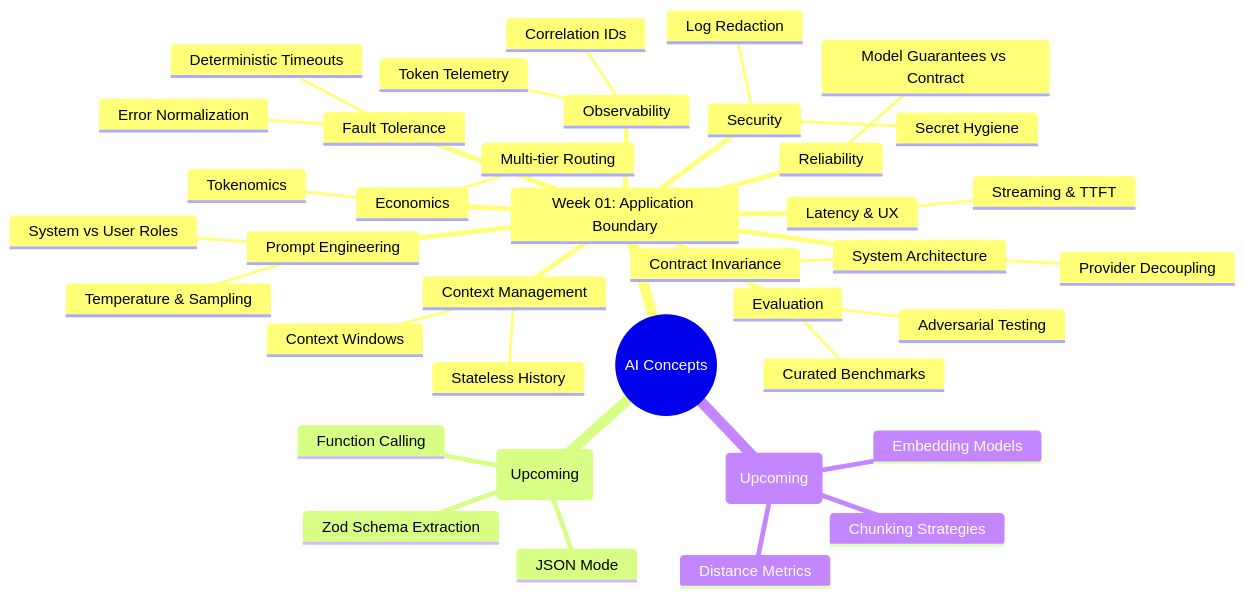
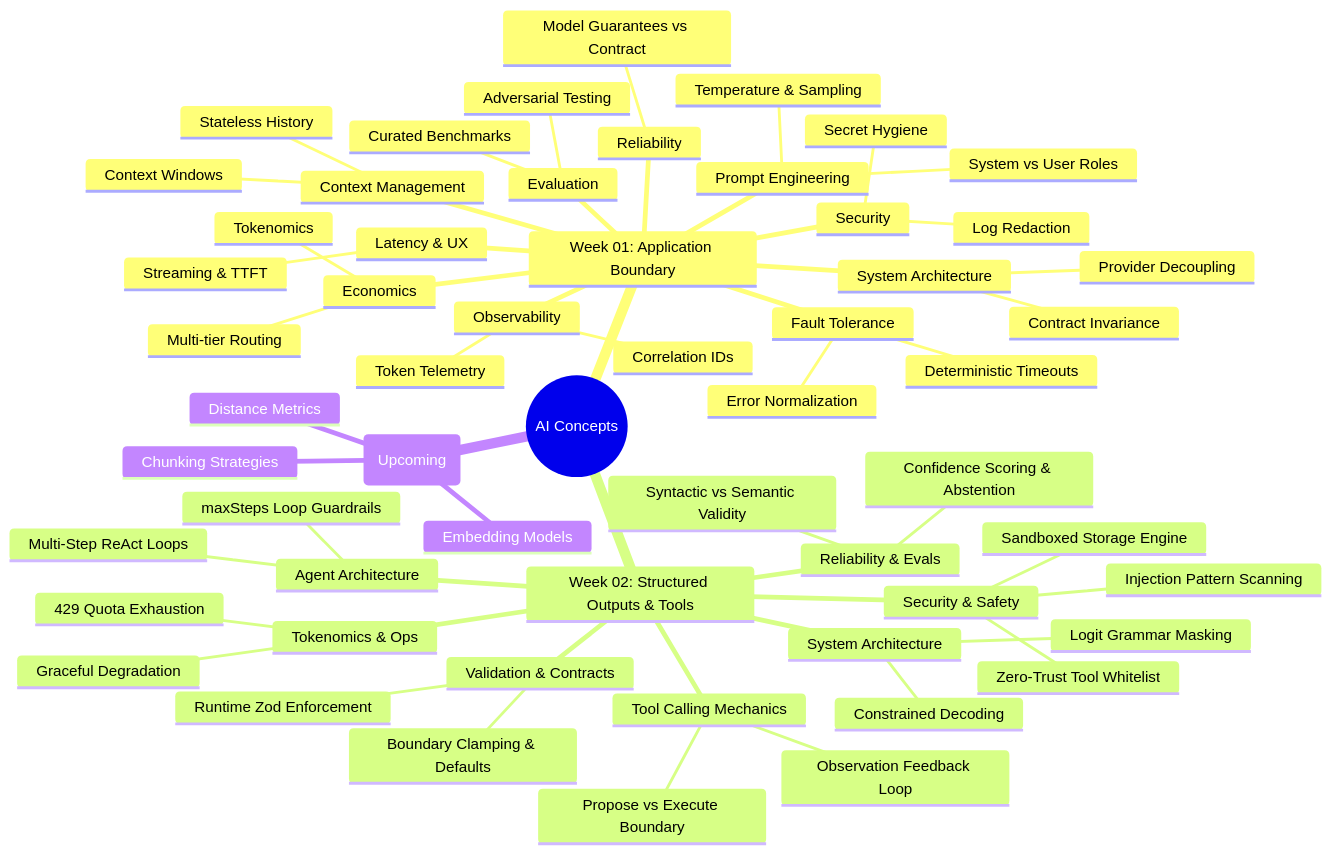
The third of 3 diagrams in docs/AI_CONCEPTS_KNOWLEDGE_BASE.md (trhv/ai-engineering-roadmap), drawn with Mermaid before and after one commit. The commit also changed other lines of this file and 27 other files, not shown here.

Commit message:
feat(week-02): implement structured outputs, validation, and tool calling

````diff
--- a/docs/AI_CONCEPTS_KNOWLEDGE_BASE.md
+++ b/docs/AI_CONCEPTS_KNOWLEDGE_BASE.md
@@ -568,41 +852,60 @@
 ```mermaid
 mindmap
   root((AI Concepts))
     Week 01: Application Boundary
       System Architecture
         Provider Decoupling
         Contract Invariance
       Fault Tolerance
         Deterministic Timeouts
         Error Normalization
       Security
         Secret Hygiene
         Log Redaction
       Economics
         Tokenomics
         Multi-tier Routing
       Observability
         Correlation IDs
         Token Telemetry
       Evaluation
         Curated Benchmarks
         Adversarial Testing
       Prompt Engineering
         Temperature & Sampling
         System vs User Roles
       Context Management
         Context Windows
         Stateless History
       Latency & UX
         Streaming & TTFT
       Reliability
         Model Guarantees vs Contract
-    Week 02: Structured Outputs (Upcoming)
-      JSON Mode
-      Zod Schema Extraction
-      Function Calling
+    Week 02: Structured Outputs & Tools
+      System Architecture
+        Constrained Decoding
+        Logit Grammar Masking
+      Tool Calling Mechanics
+        Propose vs Execute Boundary
+        Observation Feedback Loop
+      Validation & Contracts
+        Runtime Zod Enforcement
+        Boundary Clamping & Defaults
+      Security & Safety
+        Zero-Trust Tool Whitelist
+        Injection Pattern Scanning
+        Sandboxed Storage Engine
+      Reliability & Evals
+        Syntactic vs Semantic Validity
+        Confidence Scoring & Abstention
+      Agent Architecture
+        Multi-Step ReAct Loops
+        maxSteps Loop Guardrails
+      Tokenomics & Ops
+        429 Quota Exhaustion
+        Graceful Degradation
     Week 03: Vector Search (Upcoming)
       Embedding Models
       Distance Metrics
       Chunking Strategies
 ```
````
